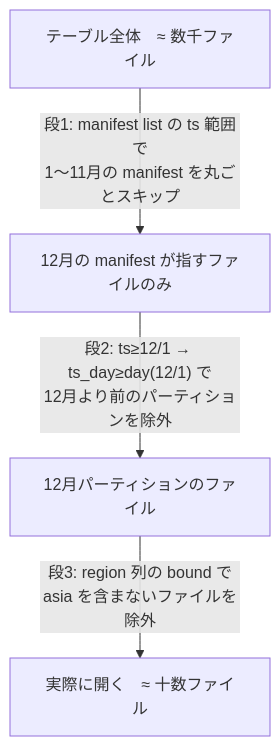
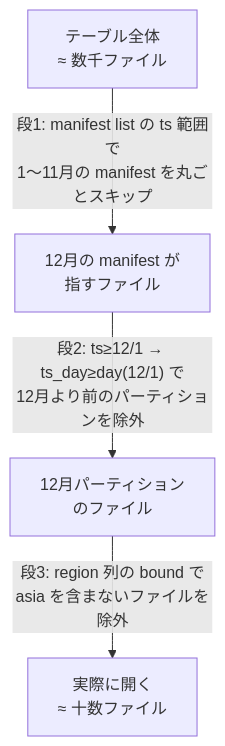
Before and after one commit to dobachi/iceberg-research: the second of 3 diagrams in docs/01-architecture.md, drawn with Mermaid. The commit also changed 5 other files, not shown here.

First line of the commit message:
付録に用語集を追加し、図の日本語ラベル切れを全ドキュメントで修正

````diff
--- a/docs/01-architecture.md
+++ b/docs/01-architecture.md
@@ -188,10 +188,10 @@
 ```mermaid
 flowchart TD
-    N0["テーブル全体　≈ 数千ファイル"]
-    N1["12月の manifest が指すファイルのみ"]
-    N2["12月パーティションのファイル"]
-    N3["実際に開く　≈ 十数ファイル"]
+    N0["テーブル全体<br/>≈ 数千ファイル"]
+    N1["12月の manifest が<br/>指すファイル"]
+    N2["12月パーティション<br/>のファイル"]
+    N3["実際に開く<br/>≈ 十数ファイル"]
     N0 -->|"段1: manifest list の ts 範囲で<br/>1〜11月の manifest を丸ごとスキップ"| N1
     N1 -->|"段2: ts≥12/1 → ts_day≥day(12/1) で<br/>12月より前のパーティションを除外"| N2
     N2 -->|"段3: region 列の bound で<br/>asia を含まないファイルを除外"| N3
 ```
````
